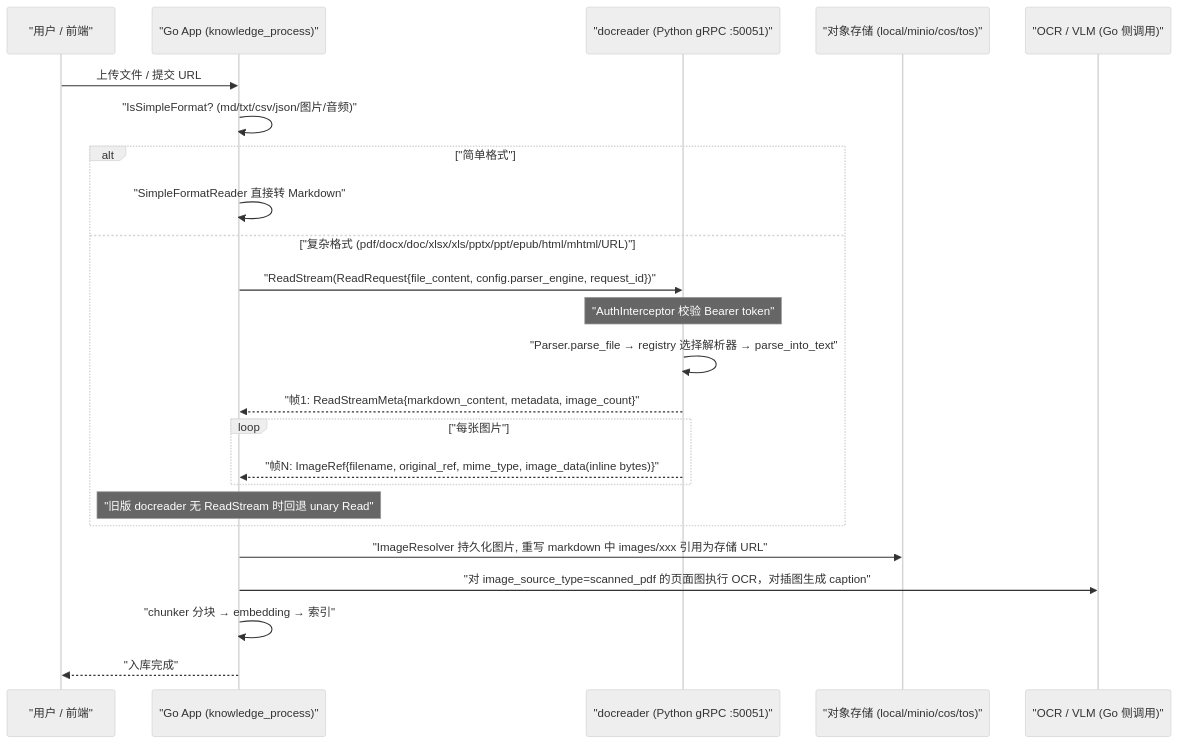
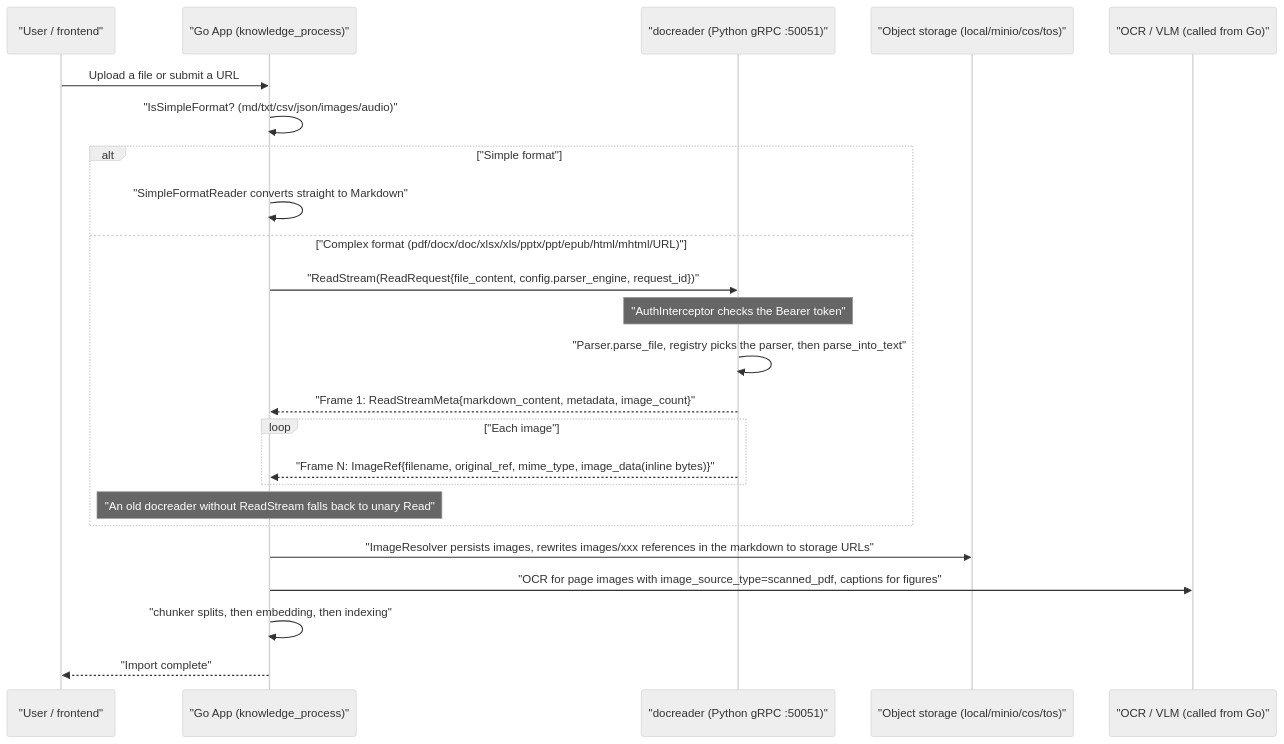
Before and after one commit to jrmatherly/ai-kb: the first of 2 diagrams in website-docs/03-features/03-document-parsing.md, drawn with Mermaid (neutral theme). The commit also changed other lines of this file and 11 other files, not shown here.

````diff
--- a/website-docs/03-features/03-document-parsing.md
+++ b/website-docs/03-features/03-document-parsing.md
@@ -78,27 +78,27 @@
 ```mermaid
 sequenceDiagram
-    participant U as "用户 / 前端"
+    participant U as "User / frontend"
     participant G as "Go App (knowledge_process)"
     participant D as "docreader (Python gRPC :50051)"
-    participant S as "对象存储 (local/minio/cos/tos)"
-    participant M as "OCR / VLM (Go 侧调用)"
+    participant S as "Object storage (local/minio/cos/tos)"
+    participant M as "OCR / VLM (called from Go)"
 
-    U->>G: 上传文件 / 提交 URL
-    G->>G: "IsSimpleFormat? (md/txt/csv/json/图片/音频)"
-    alt "简单格式"
-        G->>G: "SimpleFormatReader 直接转 Markdown"
-    else "复杂格式 (pdf/docx/doc/xlsx/xls/pptx/ppt/epub/html/mhtml/URL)"
+    U->>G: Upload a file or submit a URL
+    G->>G: "IsSimpleFormat? (md/txt/csv/json/images/audio)"
+    alt "Simple format"
+        G->>G: "SimpleFormatReader converts straight to Markdown"
+    else "Complex format (pdf/docx/doc/xlsx/xls/pptx/ppt/epub/html/mhtml/URL)"
         G->>D: "ReadStream(ReadRequest{file_content, config.parser_engine, request_id})"
-        Note over D: "AuthInterceptor 校验 Bearer token"
-        D->>D: "Parser.parse_file → registry 选择解析器 → parse_into_text"
-        D-->>G: "帧1: ReadStreamMeta{markdown_content, metadata, image_count}"
-        loop "每张图片"
-            D-->>G: "帧N: ImageRef{filename, original_ref, mime_type, image_data(inline bytes)}"
+        Note over D: "AuthInterceptor checks the Bearer token"
+        D->>D: "Parser.parse_file, registry picks the parser, then parse_into_text"
+        D-->>G: "Frame 1: ReadStreamMeta{markdown_content, metadata, image_count}"
+        loop "Each image"
+            D-->>G: "Frame N: ImageRef{filename, original_ref, mime_type, image_data(inline bytes)}"
         end
-        Note over G: "旧版 docreader 无 ReadStream 时回退 unary Read"
+        Note over G: "An old docreader without ReadStream falls back to unary Read"
     end
-    G->>S: "ImageResolver 持久化图片, 重写 markdown 中 images/xxx 引用为存储 URL"
-    G->>M: "对 image_source_type=scanned_pdf 的页面图执行 OCR，对插图生成 caption"
-    G->>G: "chunker 分块 → embedding → 索引"
-    G-->>U: "入库完成"
+    G->>S: "ImageResolver persists images, rewrites images/xxx references in the markdown to storage URLs"
+    G->>M: "OCR for page images with image_source_type=scanned_pdf, captions for figures"
+    G->>G: "chunker splits, then embedding, then indexing"
+    G-->>U: "Import complete"
 ```
````
